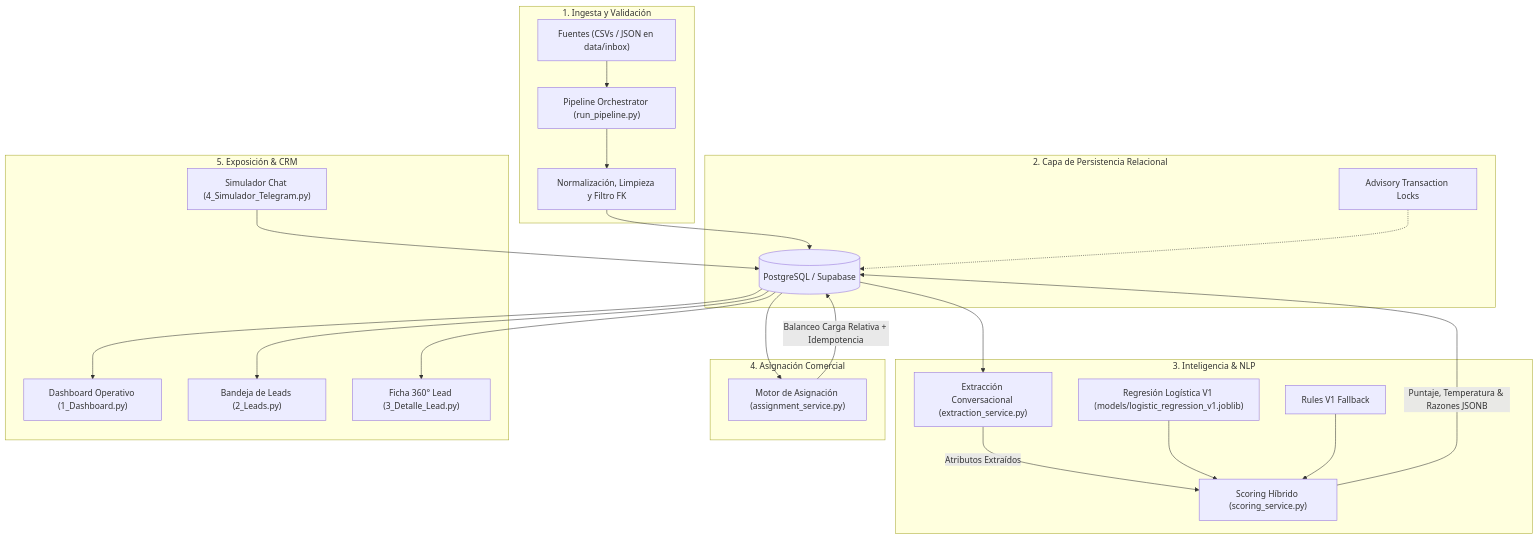
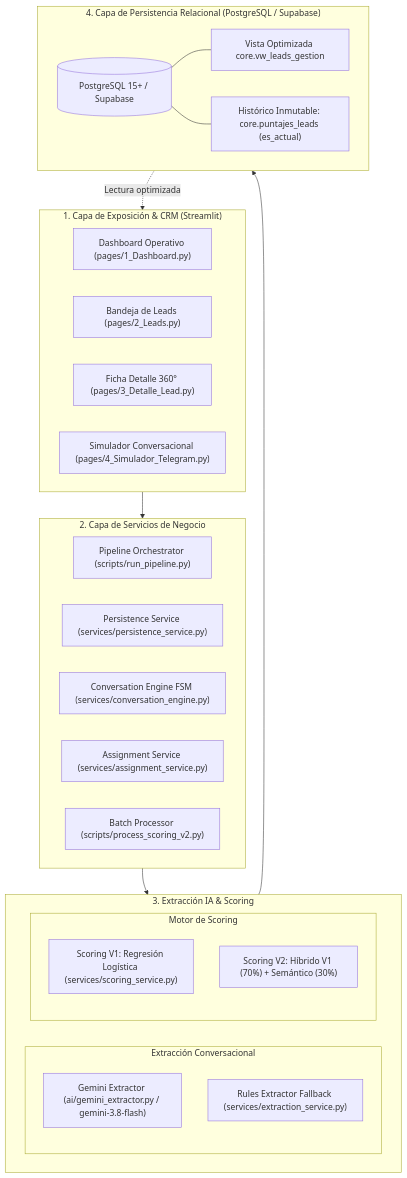
Before and after one commit to c-c23/motos-AI: the first of 5 diagrams in README.md, drawn with Mermaid. The commit also changed other lines of this file, not shown here.

Commit message:
modificacion del readme, se agrega el detalle de los nuevos cambios

````diff
--- a/README.md
+++ b/README.md
@@ -53,32 +71,41 @@
 ```mermaid
 flowchart TD
-    subgraph INGESTION["1. Ingesta y Validación"]
-        SRC["Fuentes (CSVs / JSON en data/inbox)"] --> ORCH["Pipeline Orchestrator (run_pipeline.py)"]
-        ORCH --> NORM["Normalización, Limpieza y Filtro FK"]
+    subgraph UI["1. Capa de Exposición & CRM (Streamlit)"]
+        DASH["Dashboard Operativo (pages/1_Dashboard.py)"]
+        QUEUE["Bandeja de Leads (pages/2_Leads.py)"]
+        DET["Ficha Detalle 360° (pages/3_Detalle_Lead.py)"]
+        SIM["Simulador Conversacional (pages/4_Simulador_Telegram.py)"]
     end
 
-    subgraph STORAGE["2. Capa de Persistencia Relacional"]
-        NORM --> DB[(PostgreSQL / Supabase)]
-        LOCK["Advisory Transaction Locks"] -.-> DB
+    subgraph SERVICES["2. Capa de Servicios de Negocio"]
+        ORCH["Pipeline Orchestrator (scripts/run_pipeline.py)"]
+        PERSIST["Persistence Service (services/persistence_service.py)"]
+        CONV_ENG["Conversation Engine FSM (services/conversation_engine.py)"]
+        ASG_SRV["Assignment Service (services/assignment_service.py)"]
+        BATCH_V2["Batch Processor (scripts/process_scoring_v2.py)"]
     end
 
-    subgraph INTELLIGENCE["3. Inteligencia & NLP"]
-        DB --> EXT["Extracción Conversacional (extraction_service.py)"]
-        EXT -->|Atributos Extraídos| SCORE["Scoring Híbrido (scoring_service.py)"]
-        MOD_LR["Regresión Logística V1 (models/logistic_regression_v1.joblib)"] --> SCORE
-        MOD_RUL["Rules V1 Fallback"] --> SCORE
-        SCORE -->|Puntaje, Temperatura & Razones JSONB| DB
+    subgraph INTELLIGENCE["3. Extracción IA & Scoring"]
+        subgraph EXTRACTION["Extracción Conversacional"]
+            GEMINI["Gemini Extractor (ai/gemini_extractor.py / gemini-3.8-flash)"]
+            RULES_EXT["Rules Extractor Fallback (services/extraction_service.py)"]
+        end
+        subgraph SCORING["Motor de Scoring"]
+            SCORE_V1["Scoring V1: Regresión Logística (services/scoring_service.py)"]
+            SCORE_V2["Scoring V2: Híbrido V1 (70%) + Semántico (30%)"]
+        end
     end
 
-    subgraph ROUTING["4. Asignación Comercial"]
-        DB --> ASG["Motor de Asignación (assignment_service.py)"]
-        ASG -->|Balanceo Carga Relativa + Idempotencia| DB
+    subgraph STORAGE["4. Capa de Persistencia Relacional (PostgreSQL / Supabase)"]
+        DB[(PostgreSQL 15+ / Supabase)]
+        VW["Vista Optimizada core.vw_leads_gestion"]
+        AUDIT["Histórico Inmutable: core.puntajes_leads (es_actual)"]
+        DB --- VW
+        DB --- AUDIT
     end
 
-    subgraph UI["5. Exposición & CRM"]
-        DB --> DASH["Dashboard Operativo (1_Dashboard.py)"]
-        DB --> QUEUE["Bandeja de Leads (2_Leads.py)"]
-        DB --> DET["Ficha 360° Lead (3_Detalle_Lead.py)"]
-        SIM["Simulador Chat (4_Simulador_Telegram.py)"] --> DB
-    end
+    UI --> SERVICES
+    SERVICES --> INTELLIGENCE
+    INTELLIGENCE --> STORAGE
+    STORAGE -. Lectura optimizada .-> UI
 ```
````
